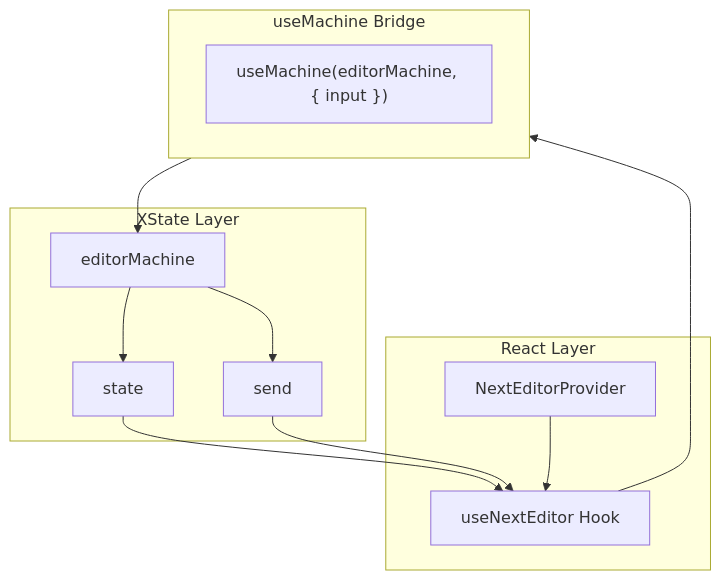
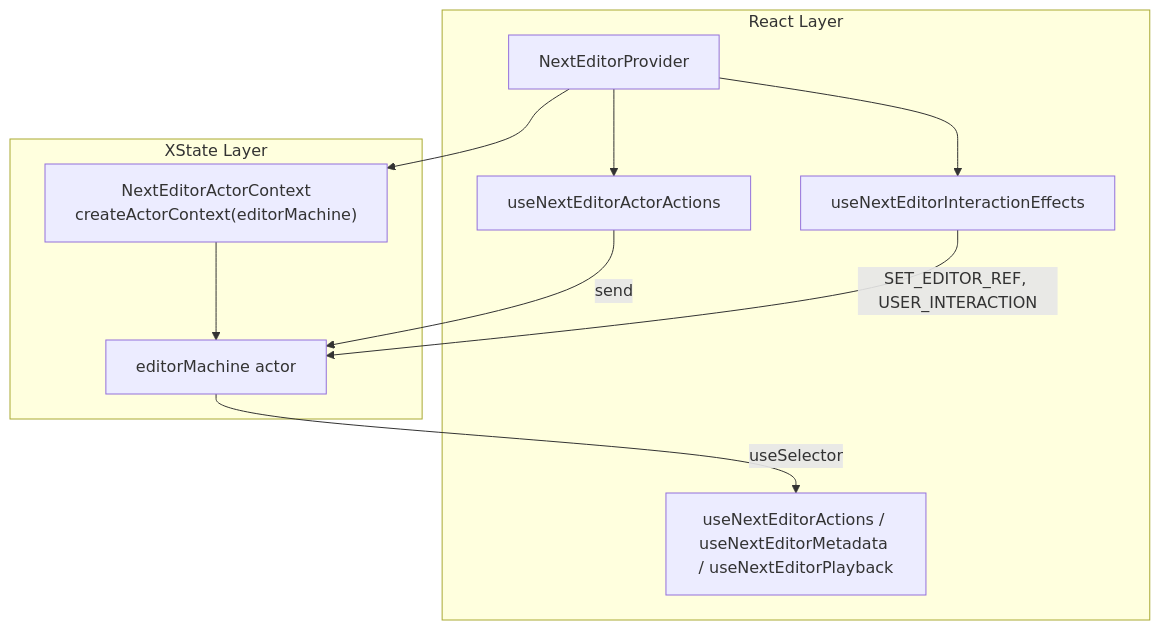
Before and after one commit to channyeintun/next-editor: the fifth of 5 diagrams in docs/state-machines.md, drawn with Mermaid. The commit also changed other lines of this file and 6 other files, not shown here.

First line of the commit message:
chore(core): delete the standalone useNextEditor hook

````diff
--- a/docs/state-machines.md
+++ b/docs/state-machines.md
@@ -445,26 +445,22 @@
 ```mermaid
 flowchart TB
     subgraph React["React Layer"]
         Provider[NextEditorProvider]
-        Hook[useNextEditor Hook]
+        Actions[useNextEditorActorActions]
+        Effects[useNextEditorInteractionEffects]
+        Hooks["useNextEditorActions / useNextEditorMetadata / useNextEditorPlayback"]
     end
 
     subgraph XState["XState Layer"]
-        Machine[editorMachine]
-        State[state]
-        Send[send]
+        ActorCtx["NextEditorActorContext<br/>createActorContext(editorMachine)"]
+        Machine[editorMachine actor]
     end
 
-    subgraph Bridge["useMachine Bridge"]
-        HM["useMachine(editorMachine, { input })"]
-    end
-
-    Provider --> Hook
-    Hook --> Bridge
-    Bridge --> Machine
-    Machine --> State
-    Machine --> Send
-
-    State --> Hook
-    Send --> Hook
+    Provider --> ActorCtx
+    ActorCtx --> Machine
+    Provider --> Actions
+    Provider --> Effects
+    Actions -->|send| Machine
+    Effects -->|SET_EDITOR_REF, USER_INTERACTION| Machine
+    Machine -->|useSelector| Hooks
 ```
````
